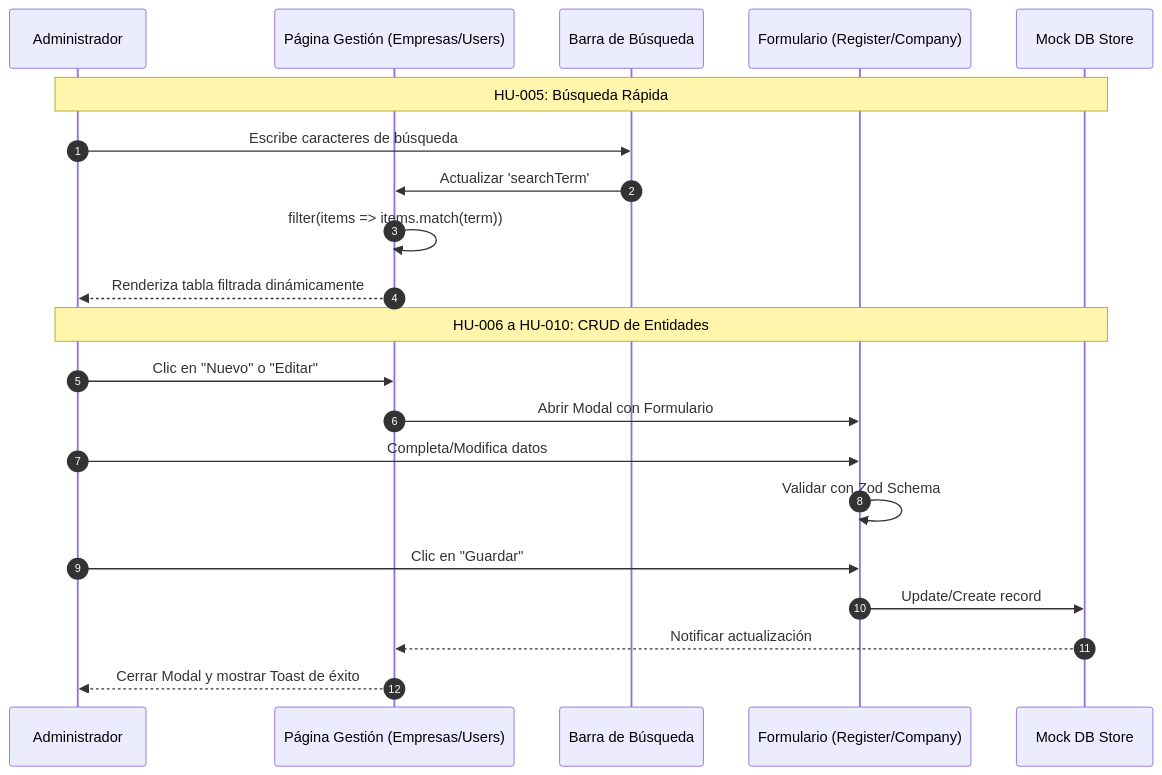
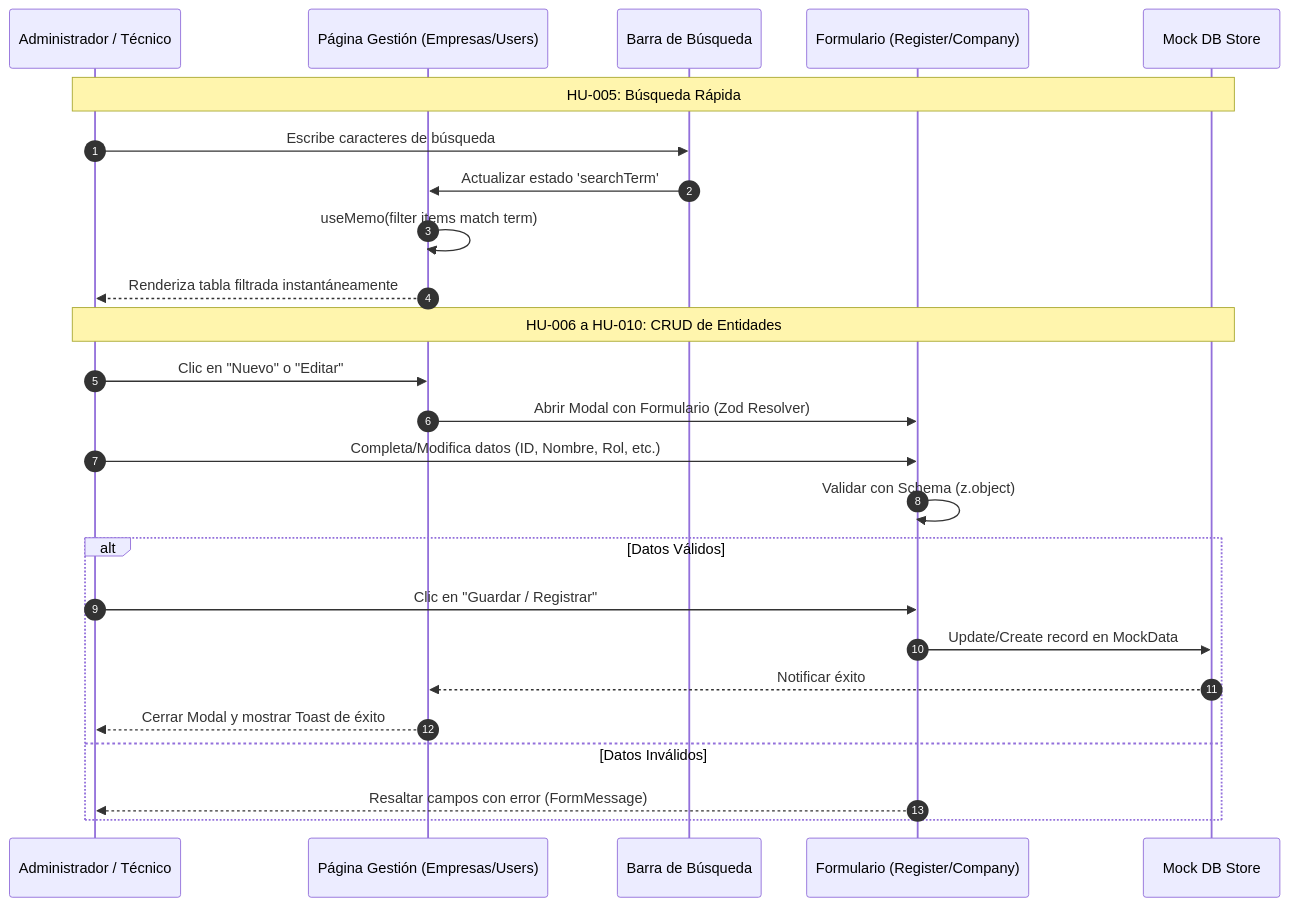
The third of 5 diagrams in DIAGRAMAS.md (KaicerPirata/Proyecto), drawn with Mermaid before and after one commit. The commit also changed other lines of this file, not shown here.

````diff
--- a/DIAGRAMAS.md
+++ b/DIAGRAMAS.md
@@ -77,25 +78,29 @@
 ```mermaid
 sequenceDiagram
     autonumber
-    participant A as Administrador
+    participant A as Administrador / Técnico
     participant P as Página Gestión (Empresas/Users)
     participant B as Barra de Búsqueda
     participant F as Formulario (Register/Company)
     participant DB as Mock DB Store
 
     Note over A, DB: HU-005: Búsqueda Rápida
     A->>B: Escribe caracteres de búsqueda
-    B->>P: Actualizar 'searchTerm'
-    P->>P: filter(items => items.match(term))
-    P-->>A: Renderiza tabla filtrada dinámicamente
+    B->>P: Actualizar estado 'searchTerm'
+    P->>P: useMemo(filter items match term)
+    P-->>A: Renderiza tabla filtrada instantáneamente
 
     Note over A, DB: HU-006 a HU-010: CRUD de Entidades
     A->>P: Clic en "Nuevo" o "Editar"
-    P->>F: Abrir Modal con Formulario
-    A->>F: Completa/Modifica datos
-    F->>F: Validar con Zod Schema
-    A->>F: Clic en "Guardar"
-    F->>DB: Update/Create record
-    DB-->>P: Notificar actualización
-    P-->>A: Cerrar Modal y mostrar Toast de éxito
+    P->>F: Abrir Modal con Formulario (Zod Resolver)
+    A->>F: Completa/Modifica datos (ID, Nombre, Rol, etc.)
+    F->>F: Validar con Schema (z.object)
+    alt Datos Válidos
+        A->>F: Clic en "Guardar / Registrar"
+        F->>DB: Update/Create record en MockData
+        DB-->>P: Notificar éxito
+        P-->>A: Cerrar Modal y mostrar Toast de éxito
+    else Datos Inválidos
+        F-->>A: Resaltar campos con error (FormMessage)
+    end
 ```
````
